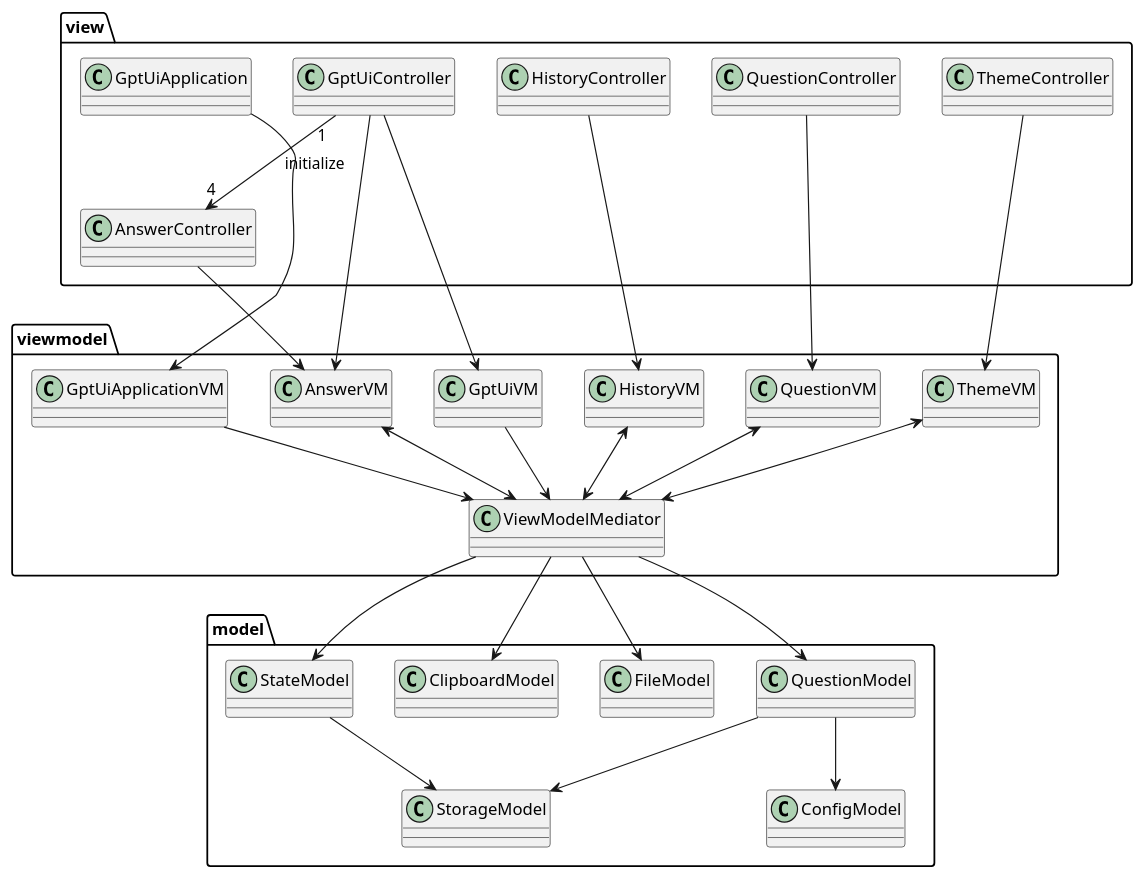
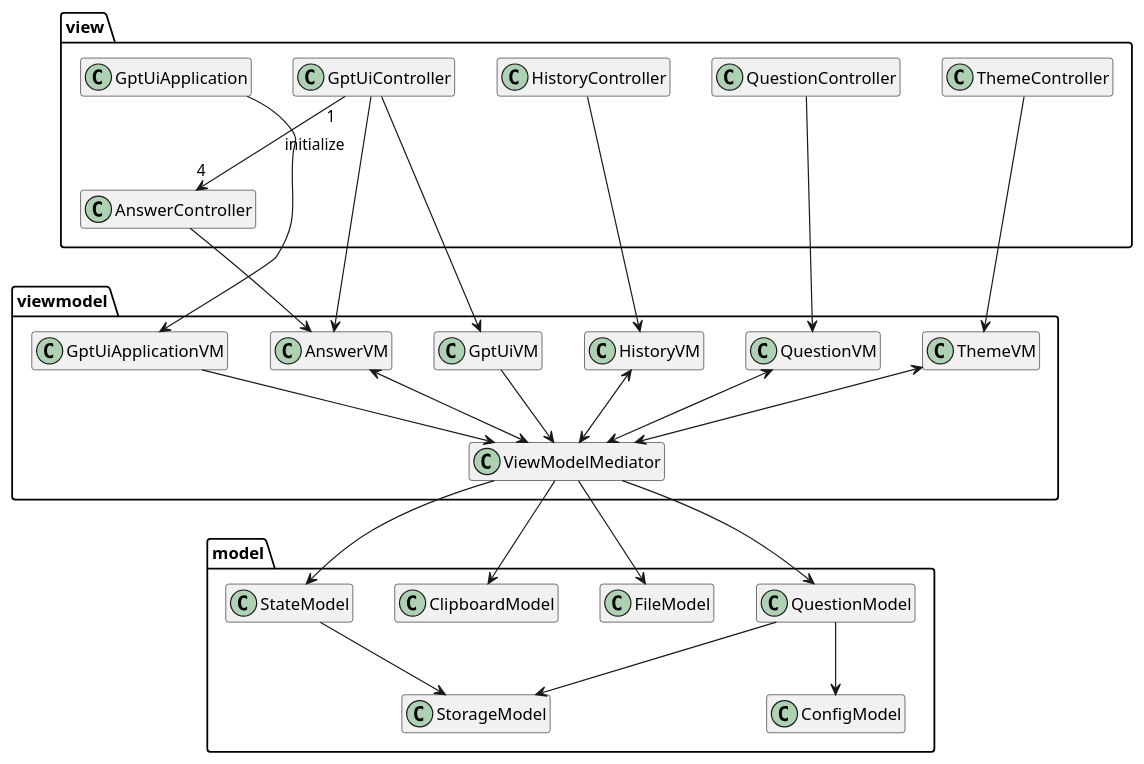
One commit to Aleks-Ya/topic-prompt-ui changed the diagram in docs/Class Diagram 2.puml. Above: the diagram before and after it, drawn with PlantUML. The commit also changed 3 other files, not shown here.

Commit message:
Improve UML diagram

```diff
--- a/docs/Class Diagram 2.puml
+++ b/docs/Class Diagram 2.puml
@@ -1,61 +1,61 @@
 @startuml
-'https://plantuml.com/class-diagram
+hide empty members
 
 package model{
     class StateModel
     class ClipboardModel
     class ConfigModel
     class FileModel
     class QuestionModel
     class StorageModel
 }
 package viewmodel {
     class GptUiApplicationVM
     class AnswerVM
     class GptUiVM
     class HistoryVM
     class QuestionVM
     class ThemeVM
     class ViewModelMediator
 }
 
 package view {
     class GptUiApplication
     class AnswerController
     class GptUiApplication
     class GptUiController
     class HistoryController
     class QuestionController
     class ThemeController
 }
 
 GptUiApplication --> GptUiApplicationVM
 
 GptUiApplicationVM --> ViewModelMediator
 
 ThemeController ---> ThemeVM
 QuestionController ---> QuestionVM
 HistoryController ---> HistoryVM
 AnswerController --> AnswerVM
 
 GptUiController "1" --> "4" AnswerController: initialize
 GptUiController --> AnswerVM
 GptUiController --> GptUiVM
 
 ThemeVM <--> ViewModelMediator
 QuestionVM <--> ViewModelMediator
 HistoryVM <--> ViewModelMediator
 GptUiVM --> ViewModelMediator
 AnswerVM <--> ViewModelMediator
 
 StateModel --> StorageModel
 QuestionModel --> StorageModel
 QuestionModel --> ConfigModel
 
 ViewModelMediator --> StateModel
 ViewModelMediator --> QuestionModel
 ViewModelMediator --> ClipboardModel
 ViewModelMediator --> FileModel
 
 
 @enduml
```
